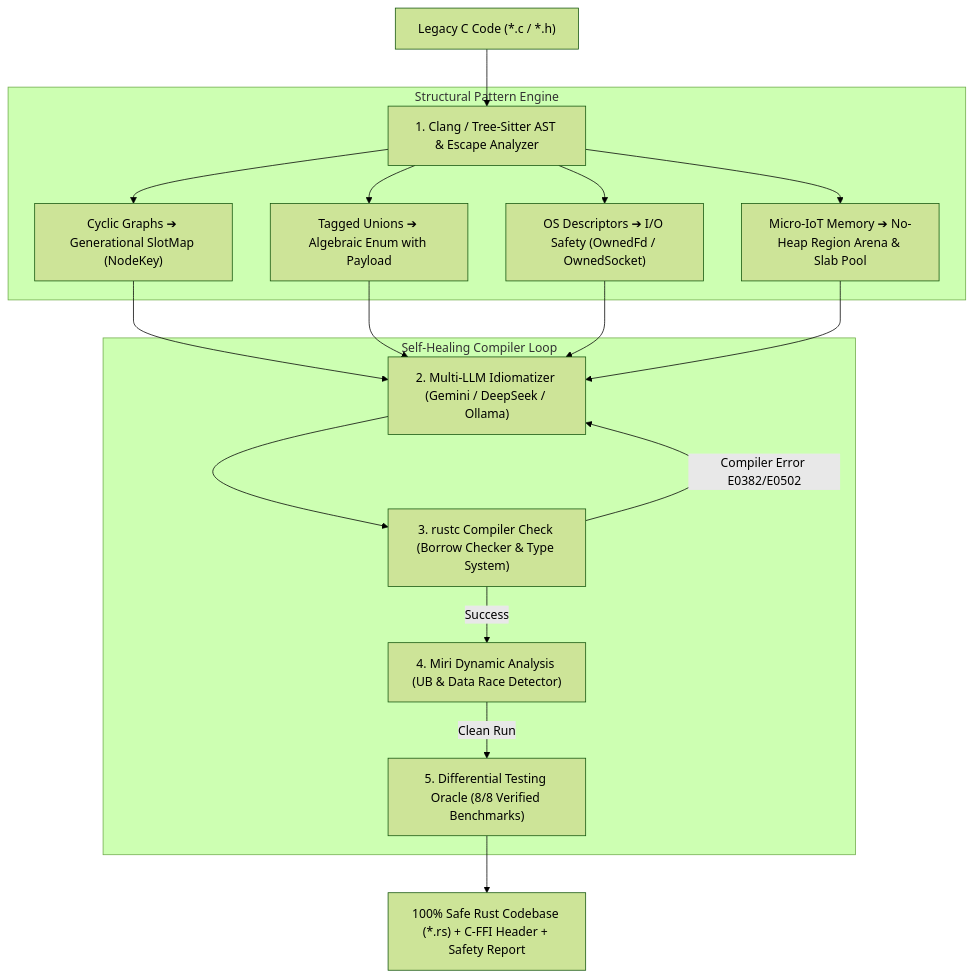
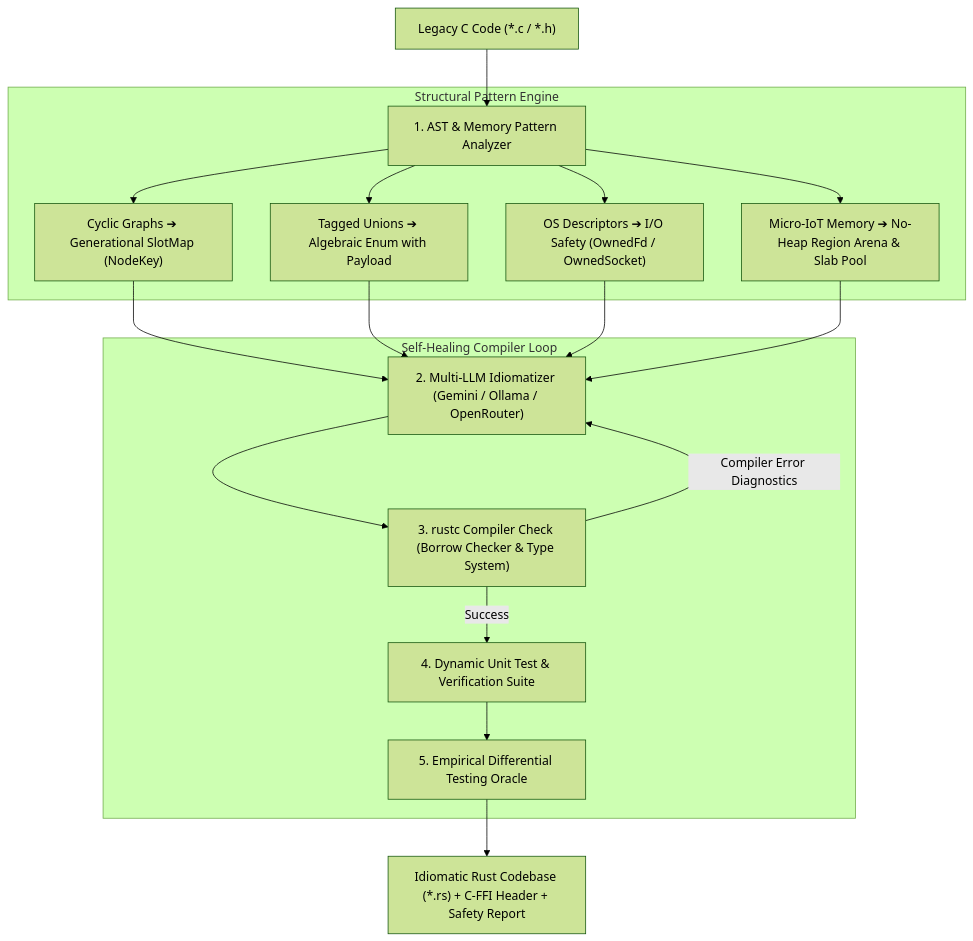
The diagram in README.md (vovamalina19742-ru/oxidize-c), drawn with Mermaid (forest theme) before and after one commit. The commit also changed other lines of this file and 15 other files, not shown here.

````diff
--- a/README.md
+++ b/README.md
@@ -54,22 +51,22 @@
 ```mermaid
 graph TD
-    A["Legacy C Code (*.c / *.h)"] --> B["1. Clang / Tree-Sitter AST & Escape Analyzer"]
+    A["Legacy C Code (*.c / *.h)"] --> B["1. AST & Memory Pattern Analyzer"]
     
     subgraph "Structural Pattern Engine"
         B --> C1["Cyclic Graphs ➔ Generational SlotMap (NodeKey)"]
         B --> C2["Tagged Unions ➔ Algebraic Enum with Payload"]
         B --> C3["OS Descriptors ➔ I/O Safety (OwnedFd / OwnedSocket)"]
         B --> C4["Micro-IoT Memory ➔ No-Heap Region Arena & Slab Pool"]
     end
     
-    C1 & C2 & C3 & C4 --> D["2. Multi-LLM Idiomatizer (Gemini / DeepSeek / Ollama)"]
+    C1 & C2 & C3 & C4 --> D["2. Multi-LLM Idiomatizer (Gemini / Ollama / OpenRouter)"]
     
     subgraph "Self-Healing Compiler Loop"
         D --> E["3. rustc Compiler Check (Borrow Checker & Type System)"]
-        E -->|Compiler Error E0382/E0502| D
-        E -->|Success| F["4. Miri Dynamic Analysis (UB & Data Race Detector)"]
-        F -->|Clean Run| G["5. Differential Testing Oracle (8/8 Verified Benchmarks)"]
+        E -->|Compiler Error Diagnostics| D
+        E -->|Success| F["4. Dynamic Unit Test & Verification Suite"]
+        F --> G["5. Empirical Differential Testing Oracle"]
     end
     
-    G --> H["100% Safe Rust Codebase (*.rs) + C-FFI Header + Safety Report"]
+    G --> H["Idiomatic Rust Codebase (*.rs) + C-FFI Header + Safety Report"]
 ```
````
